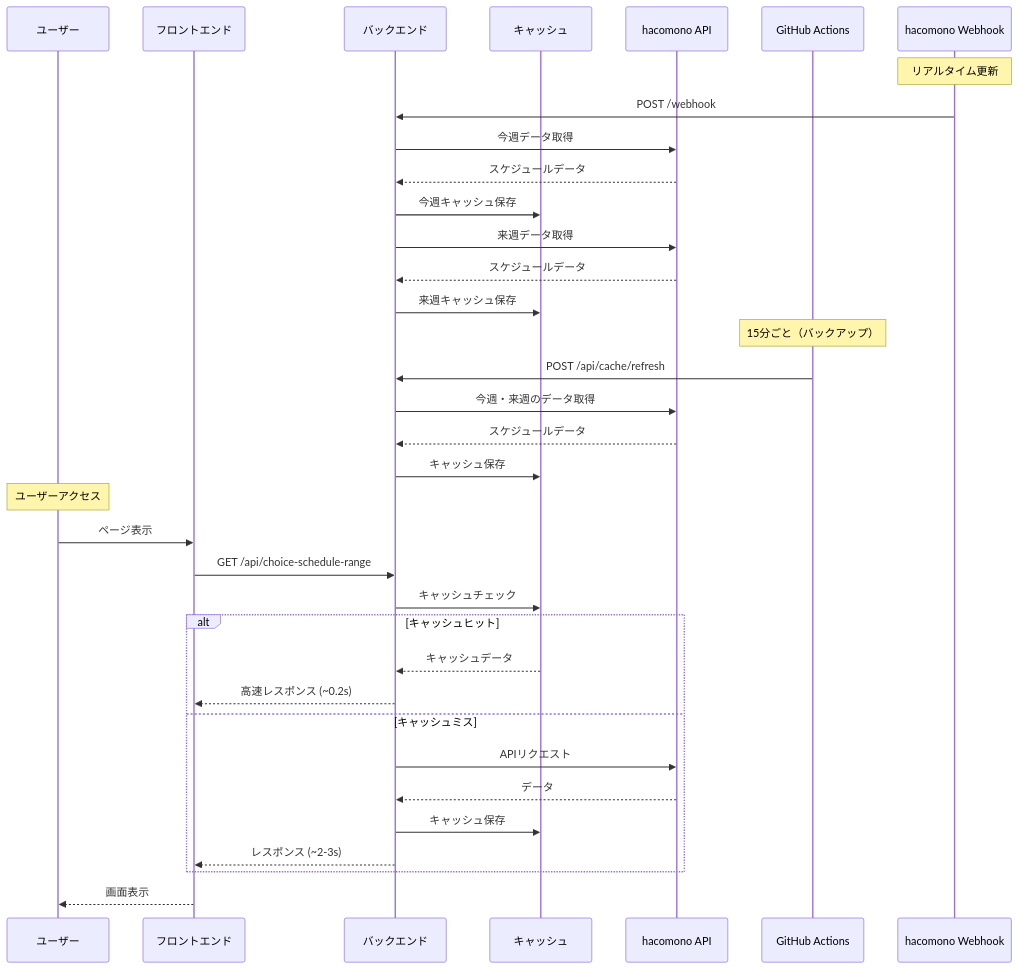
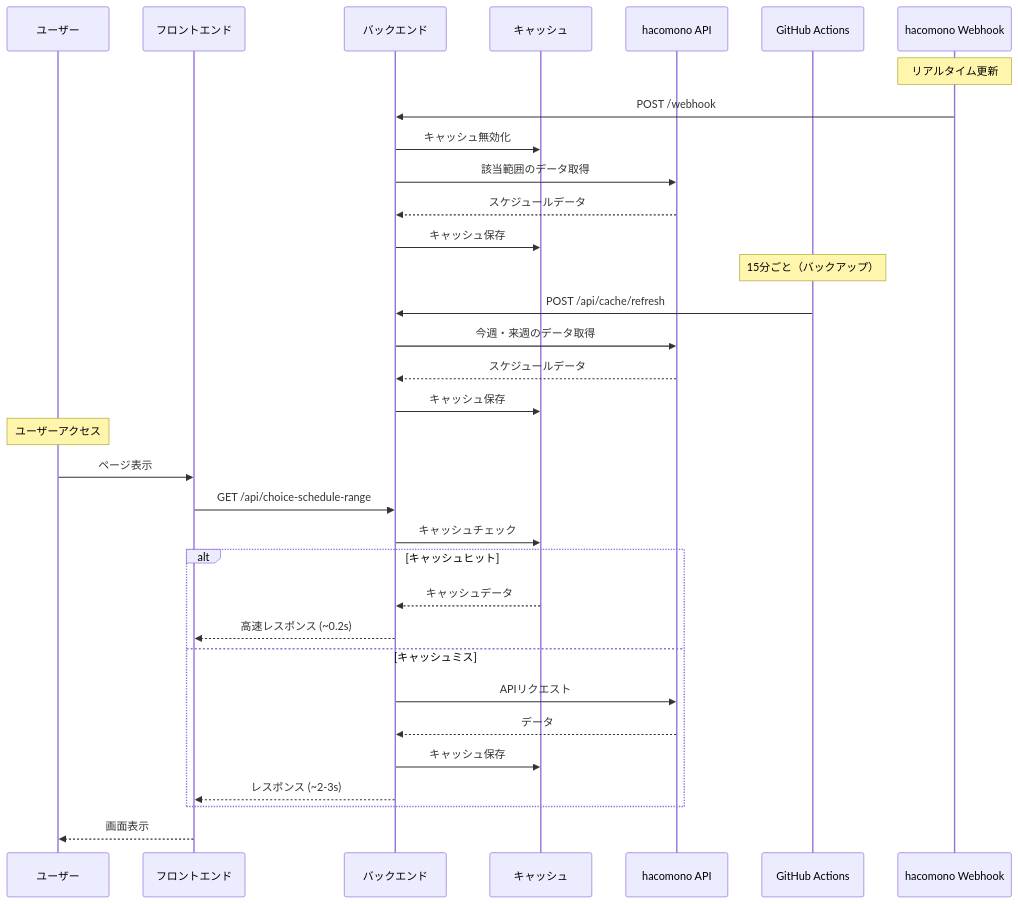
Before and after one commit to latte0/happle-reservation: the second of 7 diagrams in happle-reservation/docs/cache-architecture.md, drawn with Mermaid. The commit also changed other lines of this file and 15 other files, not shown here.

````diff
--- a/happle-reservation/docs/cache-architecture.md
+++ b/happle-reservation/docs/cache-architecture.md
@@ -49,42 +49,40 @@
 ```mermaid
 sequenceDiagram
     participant User as ユーザー
     participant FE as フロントエンド
     participant API as バックエンド
     participant Cache as キャッシュ
     participant Haco as hacomono API
     participant GHA as GitHub Actions
     participant Webhook as hacomono Webhook
     
     Note over Webhook: リアルタイム更新
     Webhook->>API: POST /webhook
-    API->>Haco: 今週データ取得
+    API->>Cache: キャッシュ無効化
+    API->>Haco: 該当範囲のデータ取得
     Haco-->>API: スケジュールデータ
-    API->>Cache: 今週キャッシュ保存
-    API->>Haco: 来週データ取得
-    Haco-->>API: スケジュールデータ
-    API->>Cache: 来週キャッシュ保存
+    API->>Cache: キャッシュ保存
     
     Note over GHA: 15分ごと（バックアップ）
     GHA->>API: POST /api/cache/refresh
     API->>Haco: 今週・来週のデータ取得
     Haco-->>API: スケジュールデータ
     API->>Cache: キャッシュ保存
     
     Note over User: ユーザーアクセス
     User->>FE: ページ表示
     FE->>API: GET /api/choice-schedule-range
     API->>Cache: キャッシュチェック
     
     alt キャッシュヒット
         Cache-->>API: キャッシュデータ
         API-->>FE: 高速レスポンス (~0.2s)
     else キャッシュミス
         API->>Haco: APIリクエスト
         Haco-->>API: データ
         API->>Cache: キャッシュ保存
         API-->>FE: レスポンス (~2-3s)
     end
     
     FE-->>User: 画面表示
 ```
````
